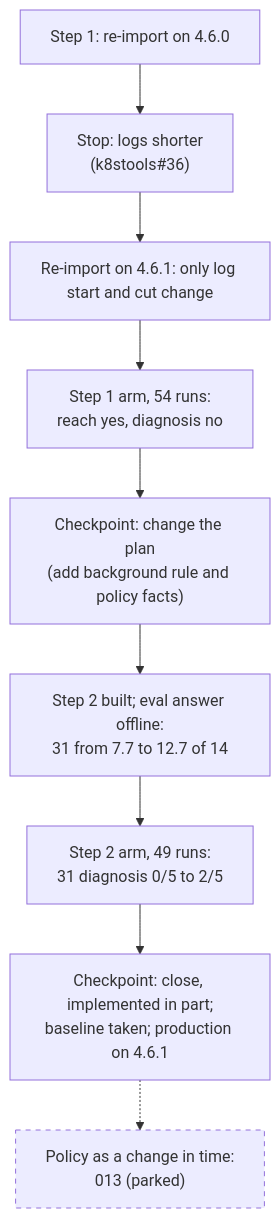
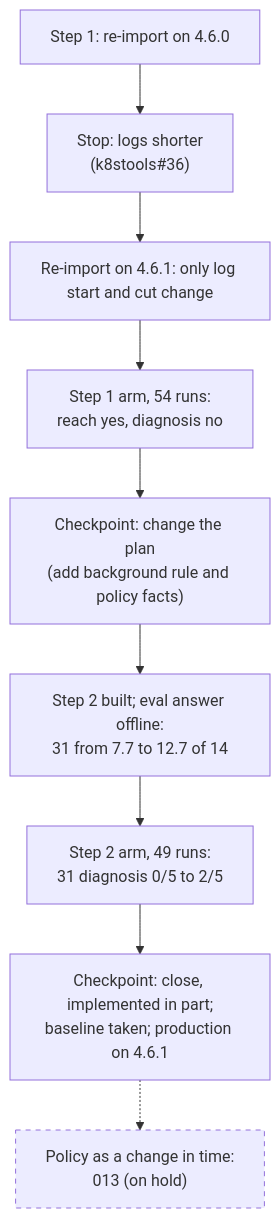
The second of 2 diagrams in designs/012-log-evidence.md (BenedatLLC/k8srca), drawn with Mermaid before and after one commit. The commit also changed other lines of this file and 29 other files, not shown here.

````diff
--- a/designs/012-log-evidence.md
+++ b/designs/012-log-evidence.md
@@ -171,12 +171,12 @@
 ```mermaid
 flowchart TD
   A["Step 1: re-import on 4.6.0"] --> B["Stop: logs shorter<br/>(k8stools#36)"]
   B --> C["Re-import on 4.6.1: only log start and cut change"]
   C --> D["Step 1 arm, 54 runs:<br/>reach yes, diagnosis no"]
   D --> E["Checkpoint: change the plan<br/>(add background rule and policy facts)"]
   E --> F["Step 2 built; eval answer offline:<br/>31 from 7.7 to 12.7 of 14"]
   F --> G["Step 2 arm, 49 runs:<br/>31 diagnosis 0/5 to 2/5"]
   G --> H["Checkpoint: close, implemented in part;<br/>baseline taken; production on 4.6.1"]
-  H -.-> I["Policy as a change in time:<br/>013 (parked)"]:::planned
+  H -.-> I["Policy as a change in time:<br/>013 (on hold)"]:::planned
   classDef planned stroke-dasharray: 5 5
 ```
````
